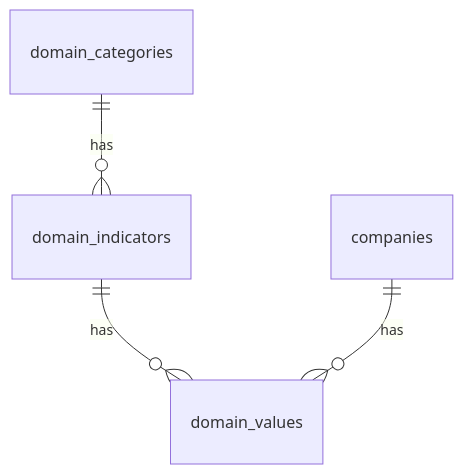
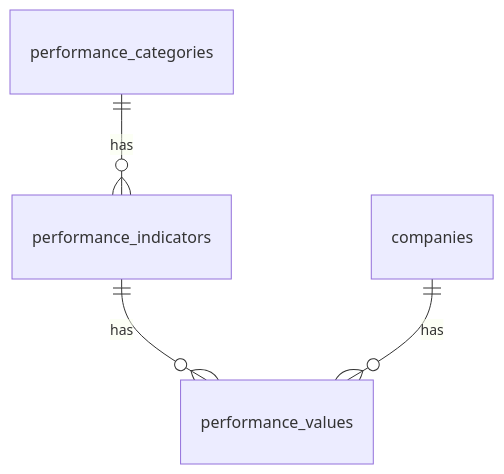
The third of 8 diagrams in compass/database-schema.md (fntimes/docs), drawn with Mermaid before and after one commit. The commit also changed other lines of this file and 1 other file, not shown here.

````diff
--- a/compass/database-schema.md
+++ b/compass/database-schema.md
@@ -77,6 +74,6 @@
 ```mermaid
 erDiagram
-    domain_categories ||--o{ domain_indicators : has
-    domain_indicators ||--o{ domain_values : has
-    companies ||--o{ domain_values : has
+    performance_categories ||--o{ performance_indicators : has
+    performance_indicators ||--o{ performance_values : has
+    companies ||--o{ performance_values : has
 ```
````
